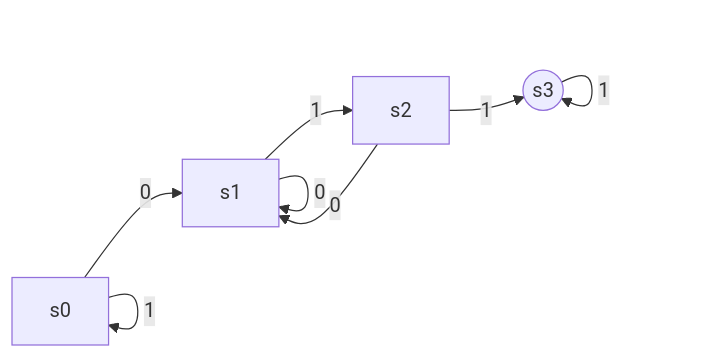
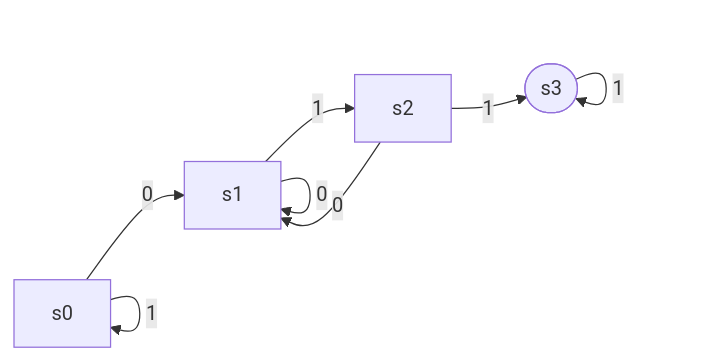
One commit to wu-kan/wu-kan.github.io changed the third of 5 diagrams in _posts/2020-04-28-编译原理（二）.md. Above: the diagram before and after it, drawn with Mermaid. The commit also changed other lines of this file and 21 other files, not shown here.

````diff
--- a/_posts/2020-04-28-编译原理（二）.md
+++ b/_posts/2020-04-28-编译原理（二）.md
@@ -51,12 +51,12 @@
 ```mermaid
-graph LR
+flowchart LR
 s0--0-->s1
 s0--1-->s0
 s1--0-->s1
 s1--1-->s2
 s2--0-->s1
 s2--1-->s3
 s3--0-->s3
 s3--1-->s3
-s3((s3))
+s3([s3])
 ```
````
